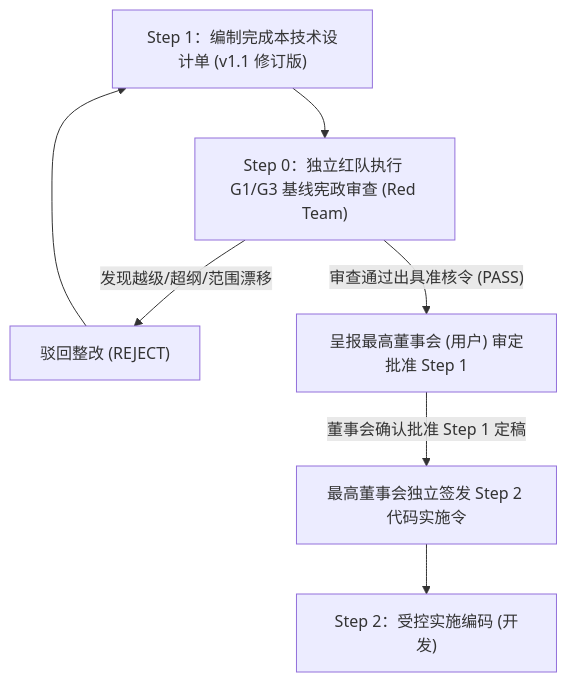
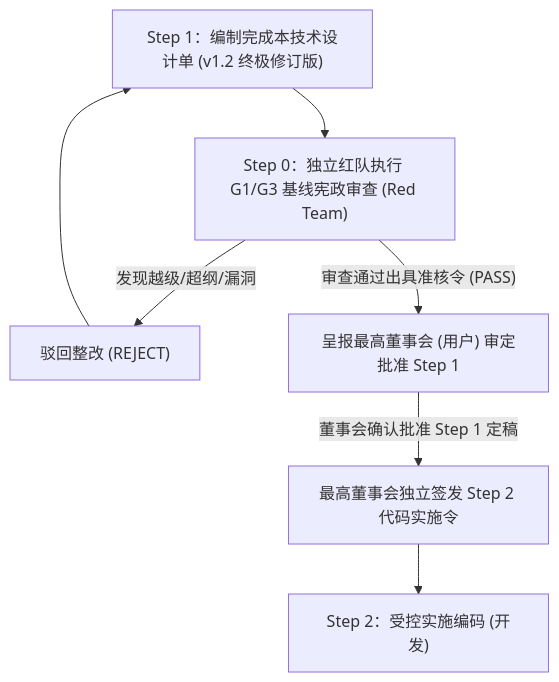
The fourth of 4 diagrams in 开发文档/20-G1-M3交易记录与持仓管理技术设计单.md (siyuwha/zhijian), drawn with Mermaid before and after one commit. The commit also changed other lines of this file, not shown here.

````diff
--- a/开发文档/20-G1-M3交易记录与持仓管理技术设计单.md
+++ b/开发文档/20-G1-M3交易记录与持仓管理技术设计单.md
@@ -481,9 +525,9 @@
 ```mermaid
 flowchart TD
-    D["Step 1：编制完成本技术设计单 (v1.1 修订版)"] --> S0["Step 0：独立红队执行 G1/G3 基线宪政审查 (Red Team)"]
-    S0 -- "发现越级/超纲/范围漂移" --> REJ["驳回整改 (REJECT)"]
+    D["Step 1：编制完成本技术设计单 (v1.2 终极修订版)"] --> S0["Step 0：独立红队执行 G1/G3 基线宪政审查 (Red Team)"]
+    S0 -- "发现越级/超纲/漏洞" --> REJ["驳回整改 (REJECT)"]
     REJ --> D
     S0 -- "审查通过出具准核令 (PASS)" --> B1["呈报最高董事会 (用户) 审定批准 Step 1"]
     B1 -- "董事会确认批准 Step 1 定稿" --> B2["最高董事会独立签发 Step 2 代码实施令"]
     B2 --> C["Step 2：受控实施编码 (开发)"]
 ```
````
